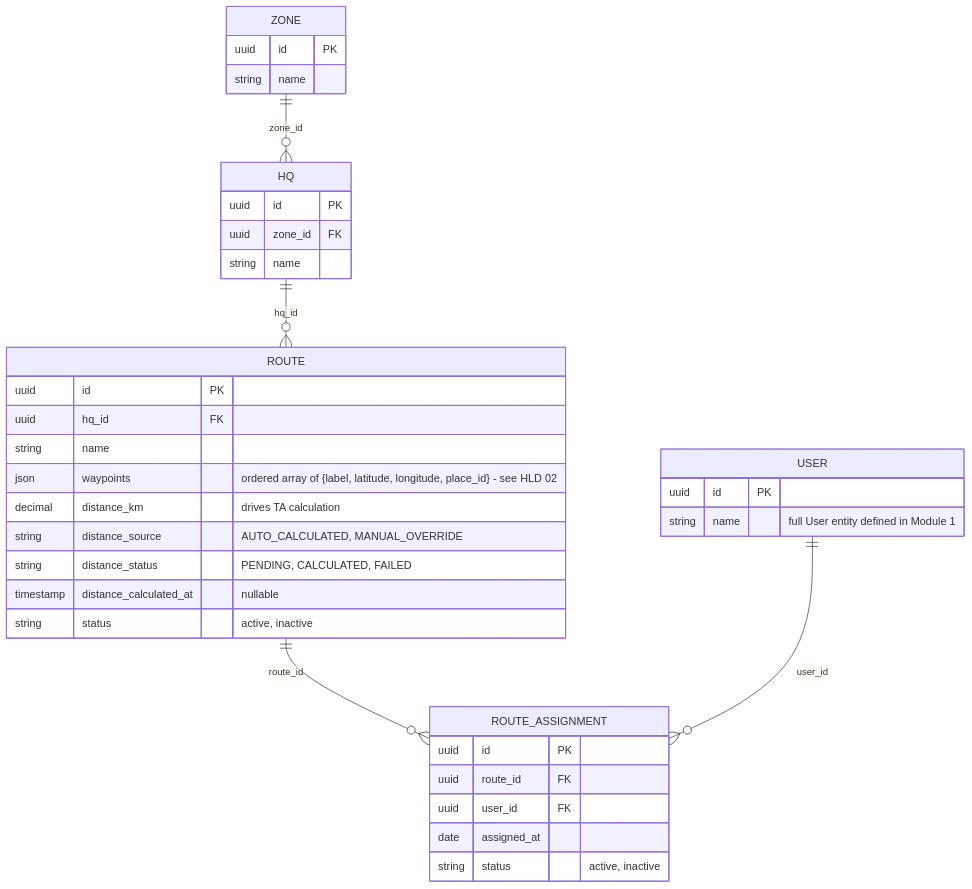
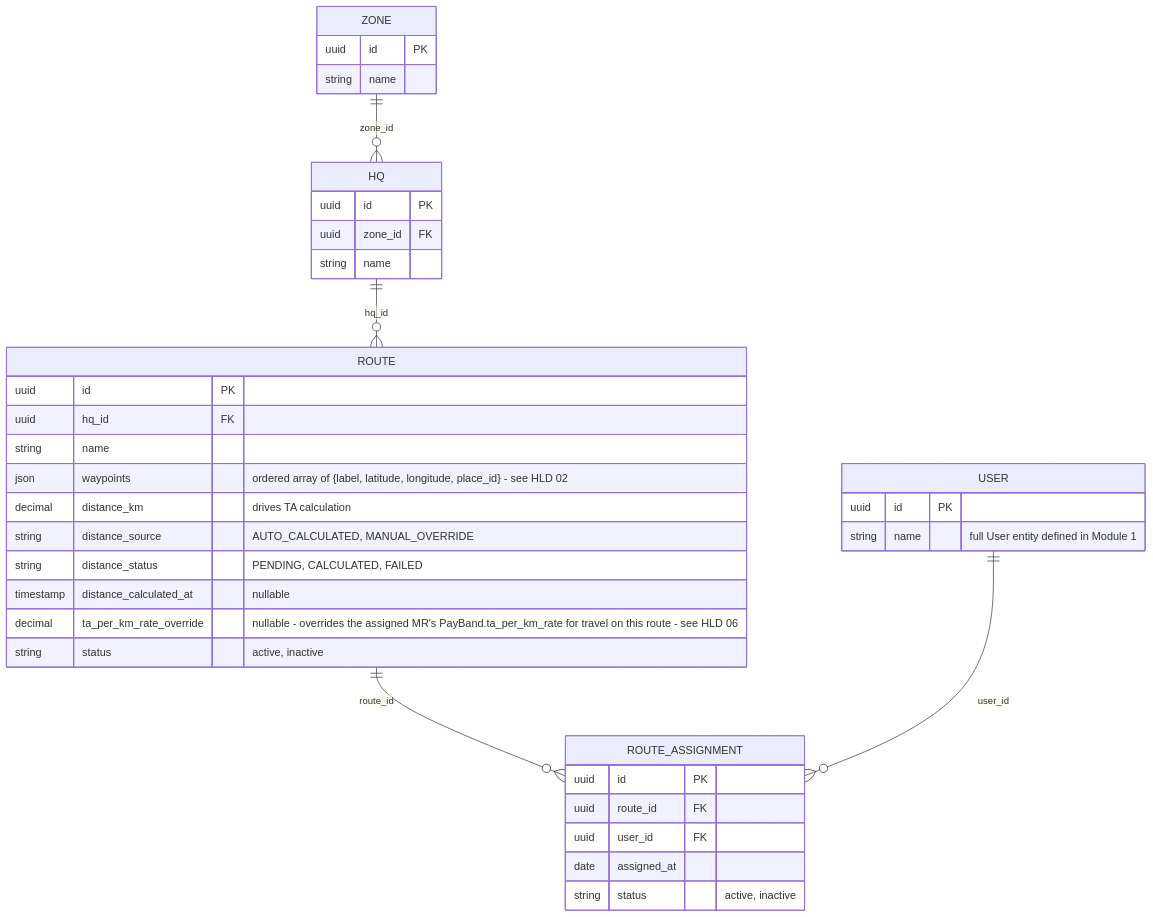
The diagram in docs/erd/02-territory-master.md (reboot-ai-private-limited/greynote), drawn with Mermaid before and after one commit. The commit also changed other lines of this file and 5 other files, not shown here.

First line of the commit message:
docs: record the EmployeeProfile/ComplianceBlock split and TA rate override

````diff
--- a/docs/erd/02-territory-master.md
+++ b/docs/erd/02-territory-master.md
@@ -7,39 +7,40 @@
 ```mermaid
 erDiagram
     USER {
         uuid id PK
         string name "full User entity defined in Module 1"
     }
     ZONE {
         uuid id PK
         string name
     }
     HQ {
         uuid id PK
         uuid zone_id FK
         string name
     }
     ROUTE {
         uuid id PK
         uuid hq_id FK
         string name
         json waypoints "ordered array of {label, latitude, longitude, place_id} - see HLD 02"
         decimal distance_km "drives TA calculation"
         string distance_source "AUTO_CALCULATED, MANUAL_OVERRIDE"
         string distance_status "PENDING, CALCULATED, FAILED"
         timestamp distance_calculated_at "nullable"
+        decimal ta_per_km_rate_override "nullable - overrides the assigned MR's PayBand.ta_per_km_rate for travel on this route - see HLD 06"
         string status "active, inactive"
     }
     ROUTE_ASSIGNMENT {
         uuid id PK
         uuid route_id FK
         uuid user_id FK
         date assigned_at
         string status "active, inactive"
     }
 
     ZONE ||--o{ HQ : "zone_id"
     HQ ||--o{ ROUTE : "hq_id"
     ROUTE ||--o{ ROUTE_ASSIGNMENT : "route_id"
     USER ||--o{ ROUTE_ASSIGNMENT : "user_id"
 ```
````
